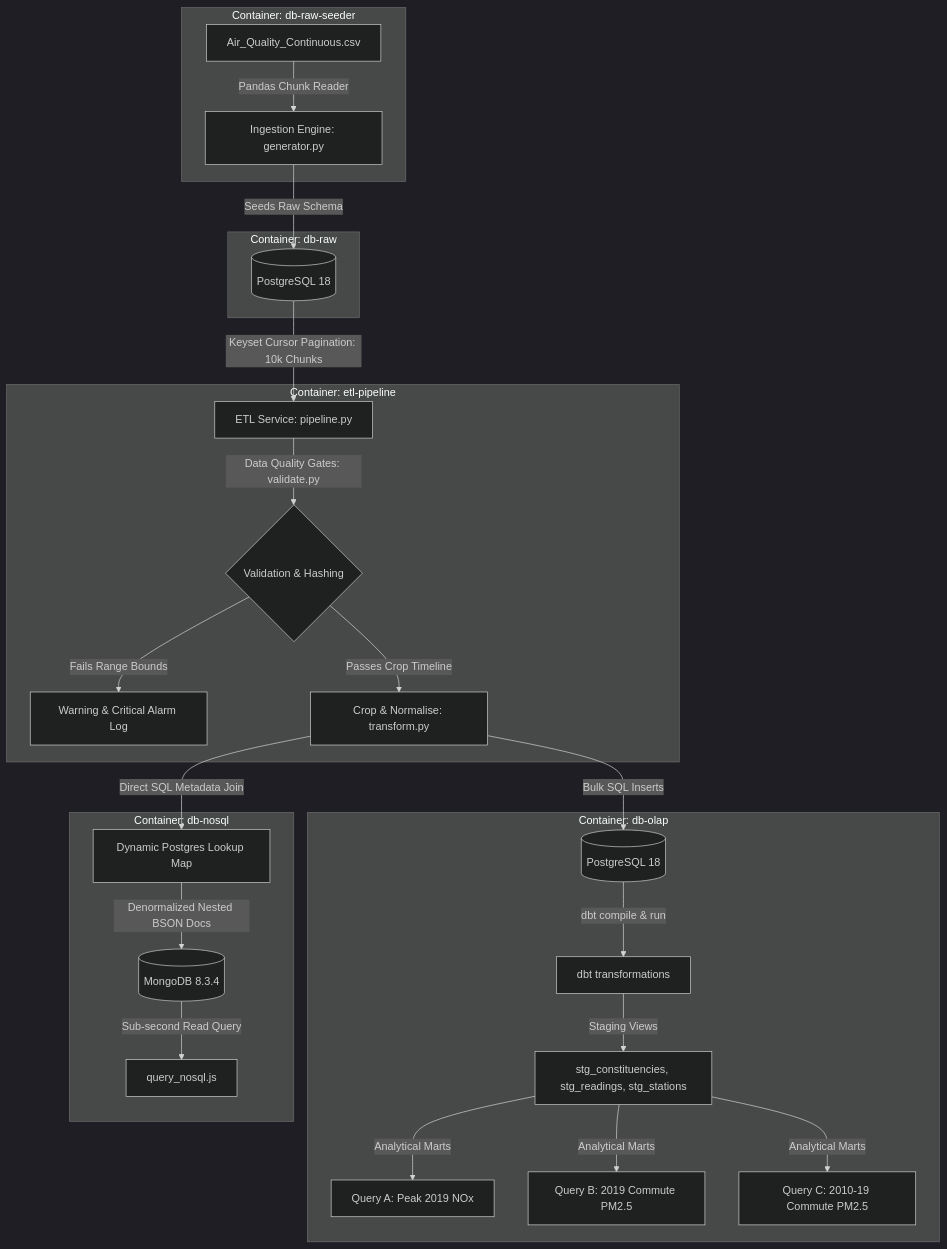
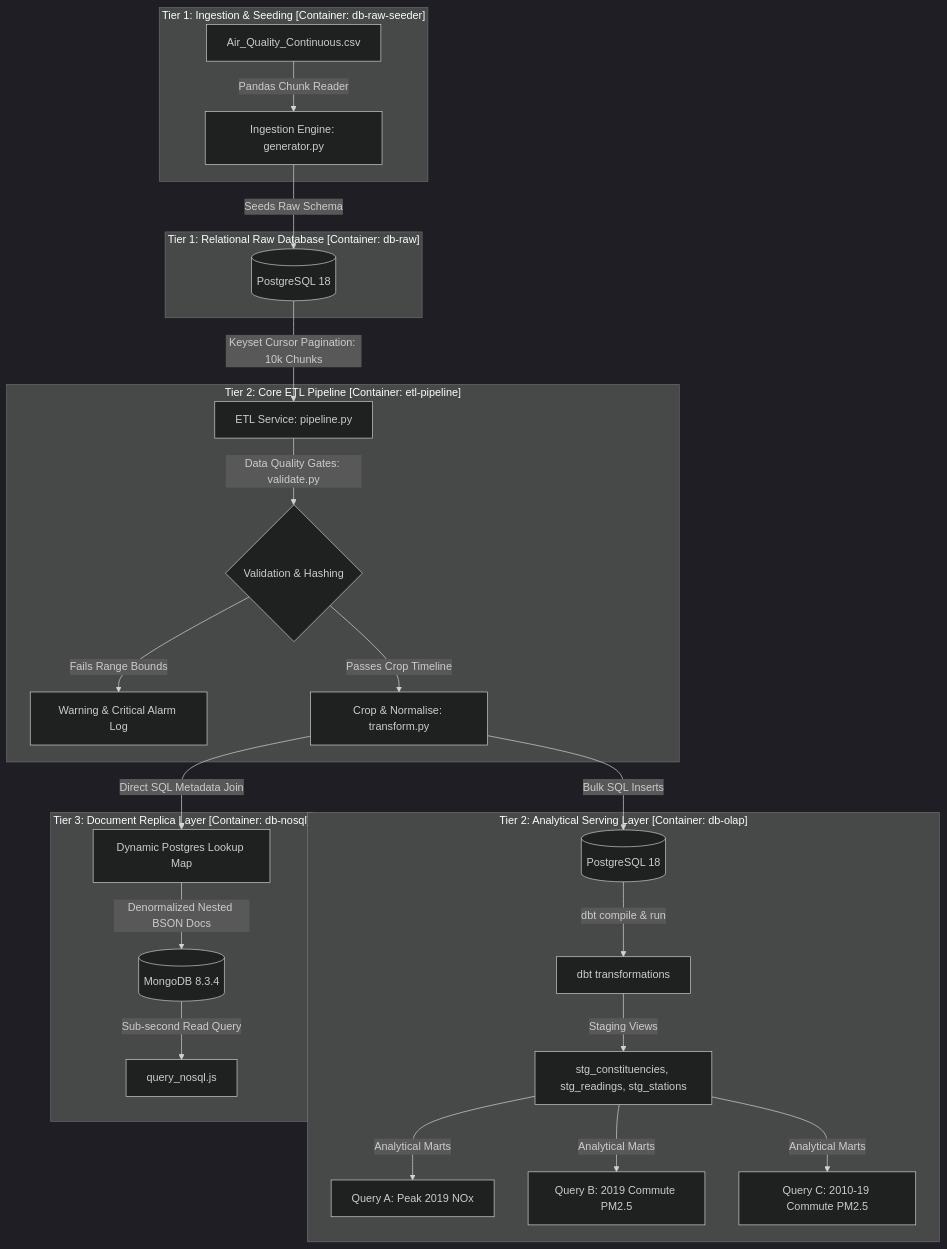
The diagram in README.md (D0nG4667/de-three-tier-data-stack), drawn with Mermaid (dark theme) before and after one commit. The commit also changed other lines of this file and 5 other files, not shown here.

````diff
--- a/README.md
+++ b/README.md
@@ -10,37 +10,37 @@
 ```mermaid
 flowchart TD
     %% Ingestion Layer
-    subgraph Tier 1: Ingestion & Seeding [Container: db-raw-seeder]
+    subgraph T1_Seeding ["Tier 1: Ingestion & Seeding [Container: db-raw-seeder]"]
         CSV[Air_Quality_Continuous.csv] -->|Pandas Chunk Reader| SEED[Ingestion Engine: generator.py]
     end
 
     %% Relational Raw Layer
-    subgraph Tier 1: Relational Raw Database [Container: db-raw]
+    subgraph T1_DB ["Tier 1: Relational Raw Database [Container: db-raw]"]
         SEED -->|Seeds Raw Schema| RAW_DB[(PostgreSQL 18)]
     end
 
     %% Core ETL Layer
-    subgraph Tier 2: Core ETL Pipeline [Container: etl-pipeline]
+    subgraph T2_ETL ["Tier 2: Core ETL Pipeline [Container: etl-pipeline]"]
         RAW_DB -->|Keyset Cursor Pagination: 10k Chunks| ETL[ETL Service: pipeline.py]
         ETL -->|Data Quality Gates: validate.py| DQ{Validation & Hashing}
         DQ -->|Fails Range Bounds| LOG[Warning & Critical Alarm Log]
         DQ -->|Passes Crop Timeline| CROP[Crop & Normalise: transform.py]
     end
 
     %% Analytical Warehouse Layer
-    subgraph Tier 2: Analytical Serving Layer [Container: db-olap]
+    subgraph T2_OLAP ["Tier 2: Analytical Serving Layer [Container: db-olap]"]
         CROP -->|Bulk SQL Inserts| OLAP_DB[(PostgreSQL 18)]
         OLAP_DB -->|dbt compile & run| DBT[dbt transformations]
         DBT -->|Staging Views| STG_V[stg_constituencies, stg_readings, stg_stations]
         STG_V -->|Analytical Marts| QUERY_A[Query A: Peak 2019 NOx]
         STG_V -->|Analytical Marts| QUERY_B[Query B: 2019 Commute PM2.5]
         STG_V -->|Analytical Marts| QUERY_C[Query C: 2010-19 Commute PM2.5]
     end
 
     %% NoSQL Cache Layer
-    subgraph Tier 3: Document Replica Layer [Container: db-nosql]
+    subgraph T3_Nosql ["Tier 3: Document Replica Layer [Container: db-nosql]"]
         CROP -->|Direct SQL Metadata Join| NOSQL_MEM[Dynamic Postgres Lookup Map]
         NOSQL_MEM -->|Denormalized Nested BSON Docs| NOSQL_DB[(MongoDB 8.3.4)]
         NOSQL_DB -->|Sub-second Read Query| MONGO_Q[query_nosql.js]
     end
 ```
````
